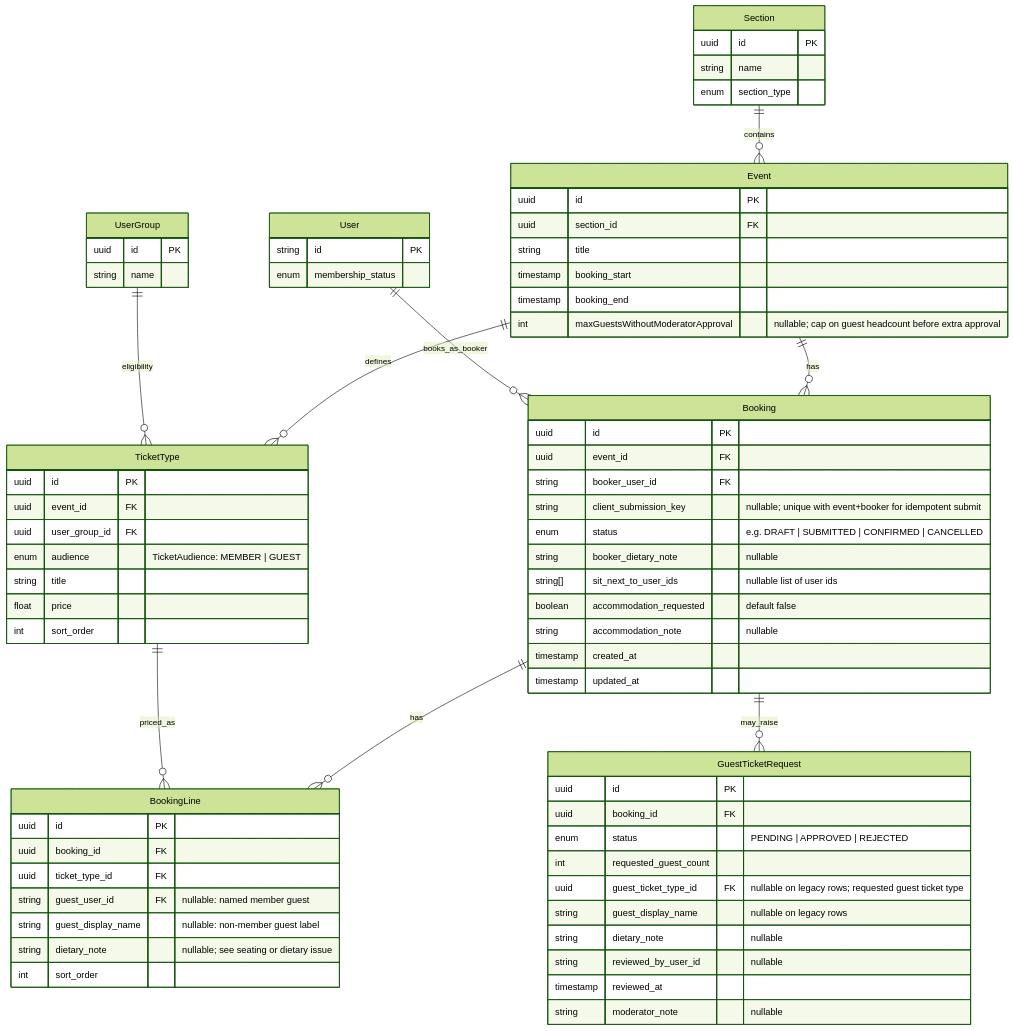
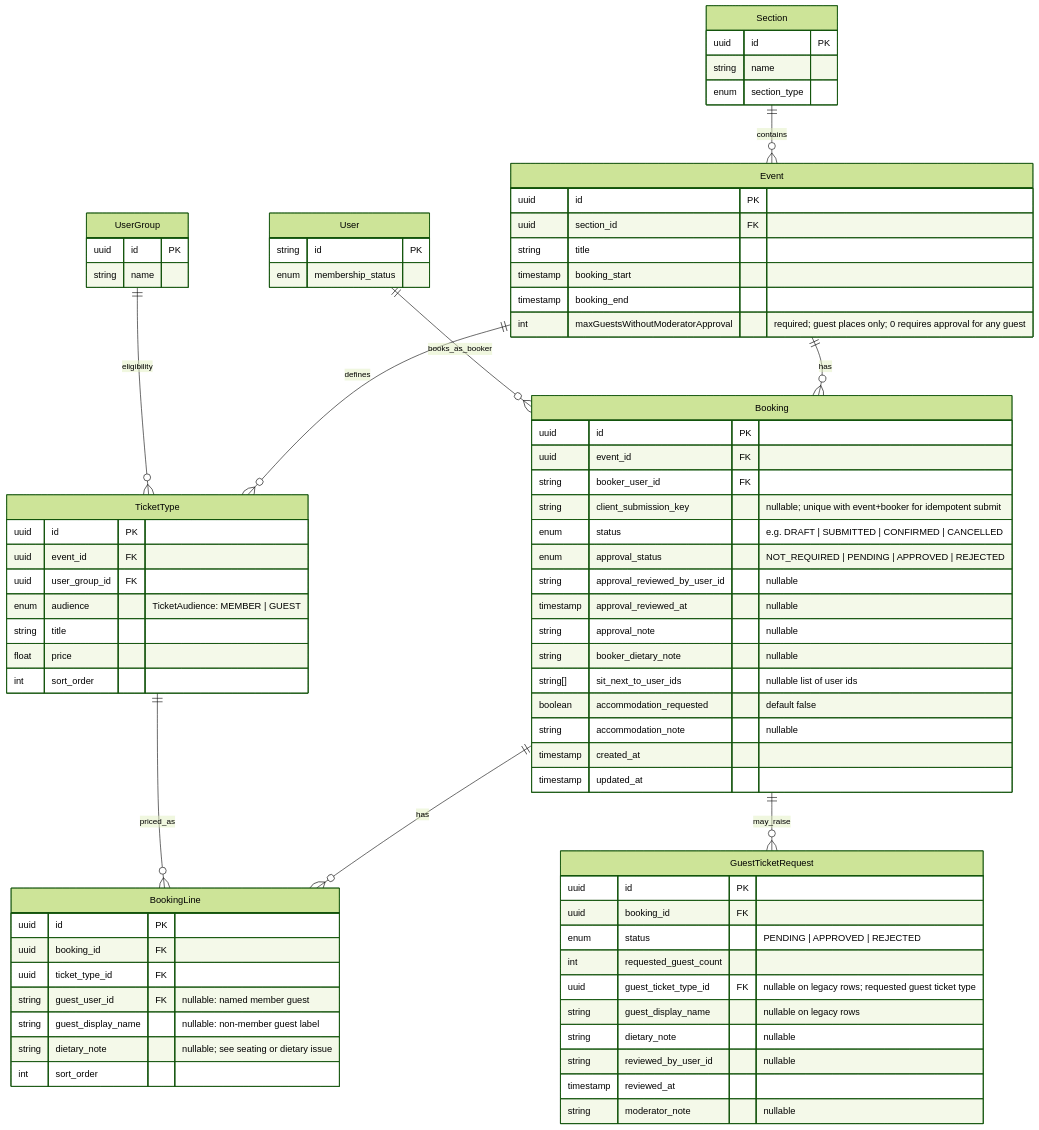
Before and after one commit to rafsodc/sodc-web: the diagram in docs/architecture/booking-data-model.md, drawn with Mermaid (forest theme). The commit also changed other lines of this file and 21 other files, not shown here.

Commit message:
Define booking approval schema and rules (#543)

```diff
--- a/docs/architecture/booking-data-model.md
+++ b/docs/architecture/booking-data-model.md
@@ -33,7 +36,7 @@
     string title
     timestamp booking_start
     timestamp booking_end
-    int maxGuestsWithoutModeratorApproval "nullable; cap on guest headcount before extra approval"
+    int maxGuestsWithoutModeratorApproval "required; guest places only; 0 requires approval for any guest"
   }
 
   TicketType {
@@ -62,6 +65,10 @@
     string booker_user_id FK
     string client_submission_key "nullable; unique with event+booker for idempotent submit"
     enum status "e.g. DRAFT | SUBMITTED | CONFIRMED | CANCELLED"
+    enum approval_status "NOT_REQUIRED | PENDING | APPROVED | REJECTED"
+    string approval_reviewed_by_user_id "nullable"
+    timestamp approval_reviewed_at "nullable"
+    string approval_note "nullable"
     string booker_dietary_note "nullable"
     string[] sit_next_to_user_ids "nullable list of user ids"
     boolean accommodation_requested "default false"
```
